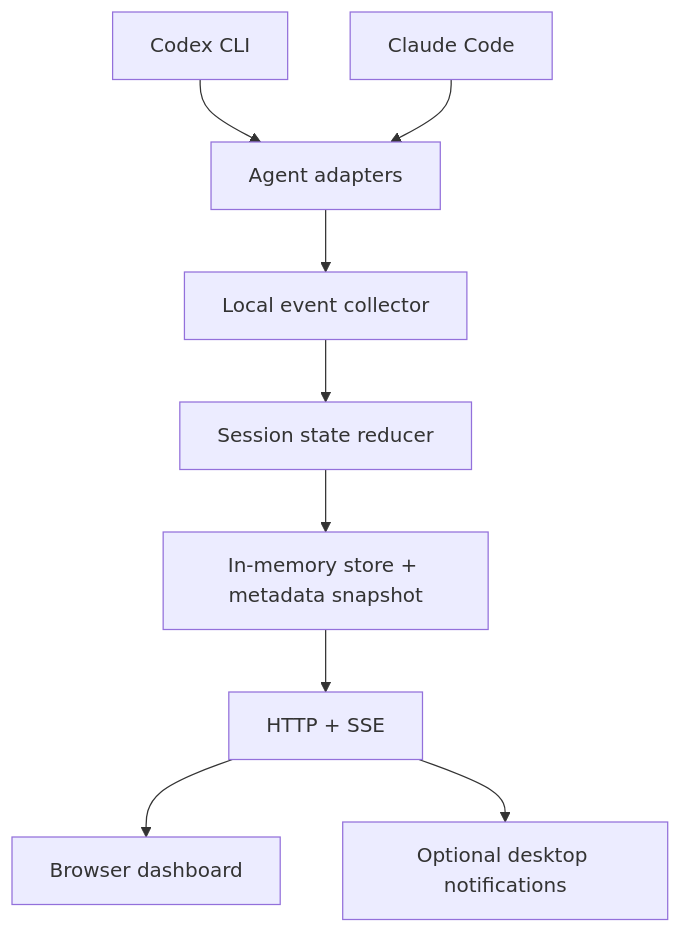
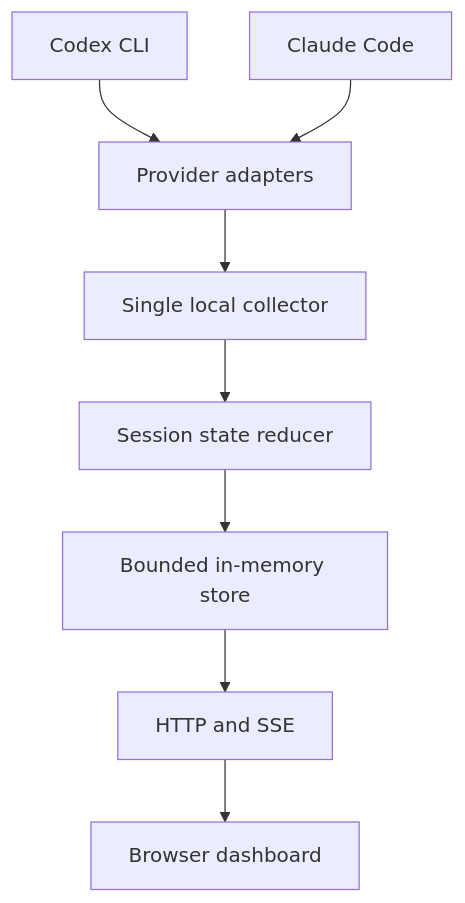
The diagram in README.md (changukshin/agent-monitor), drawn with Mermaid before and after one commit. The commit also changed other lines of this file, not shown here.

````diff
--- a/README.md
+++ b/README.md
@@ -40,11 +36,10 @@
 ```mermaid
 flowchart TD
-  A[Codex CLI] --> C[Agent adapters]
+  A[Codex CLI] --> C[Provider adapters]
   B[Claude Code] --> C
-  C --> D[Local event collector]
+  C --> D[Single local collector]
   D --> E[Session state reducer]
-  E --> F[In-memory store + metadata snapshot]
-  F --> G[HTTP + SSE]
+  E --> F[Bounded in-memory store]
+  F --> G[HTTP and SSE]
   G --> H[Browser dashboard]
-  G --> I[Optional desktop notifications]
 ```
````
